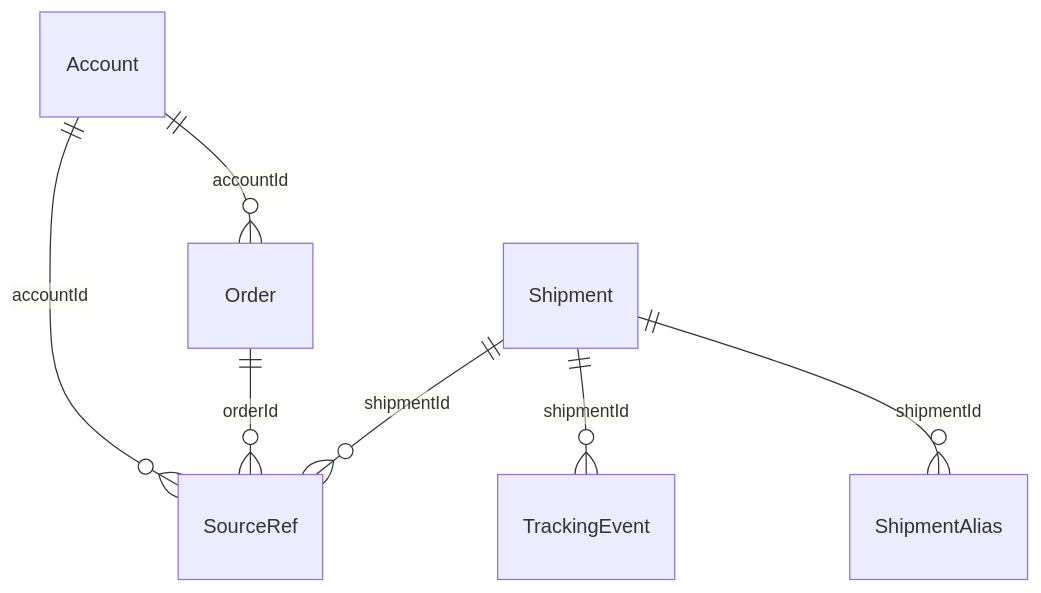
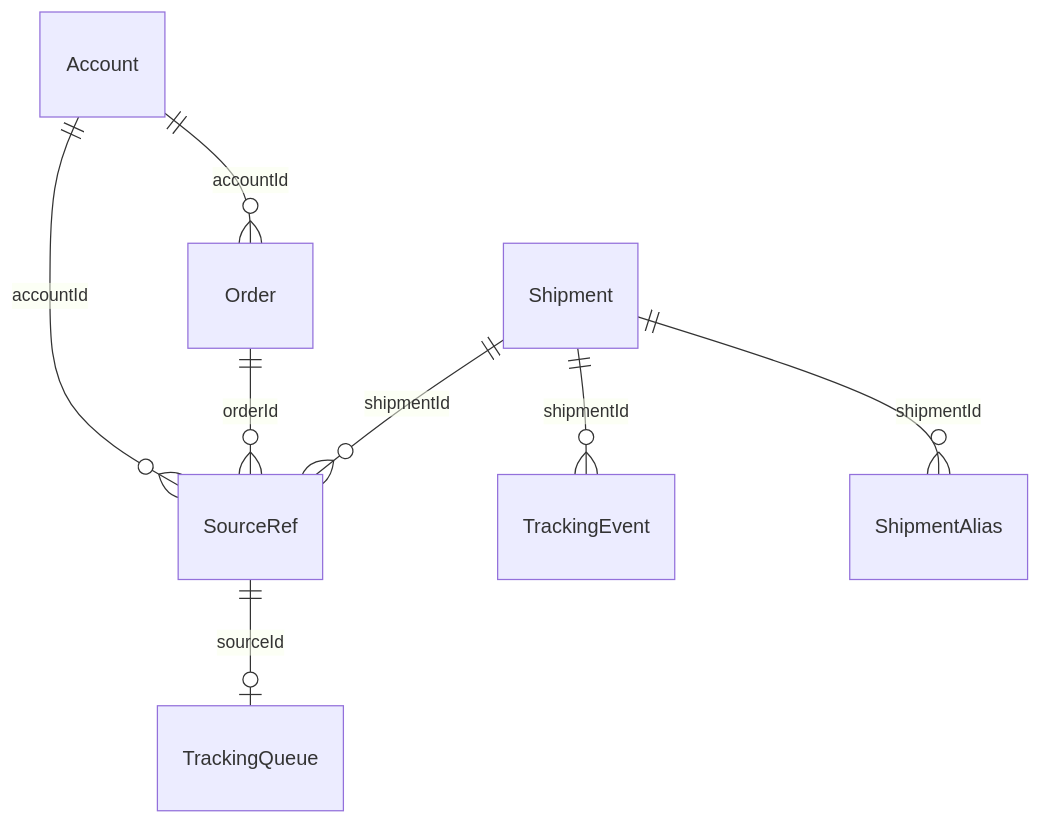
The fourth of 4 diagrams in docs/project-map.md (73mtq/logistics-management), drawn with Mermaid before and after one commit. The commit also changed other lines of this file and 79 other files, not shown here.

````diff
--- a/docs/project-map.md
+++ b/docs/project-map.md
@@ -104,9 +80,10 @@
 ```mermaid
 erDiagram
     Account ||--o{ Order : accountId
     Account ||--o{ SourceRef : accountId
     Order ||--o{ SourceRef : orderId
     Shipment ||--o{ SourceRef : shipmentId
     Shipment ||--o{ TrackingEvent : shipmentId
     Shipment ||--o{ ShipmentAlias : shipmentId
+    SourceRef ||--o| TrackingQueue : sourceId
 ```
````
